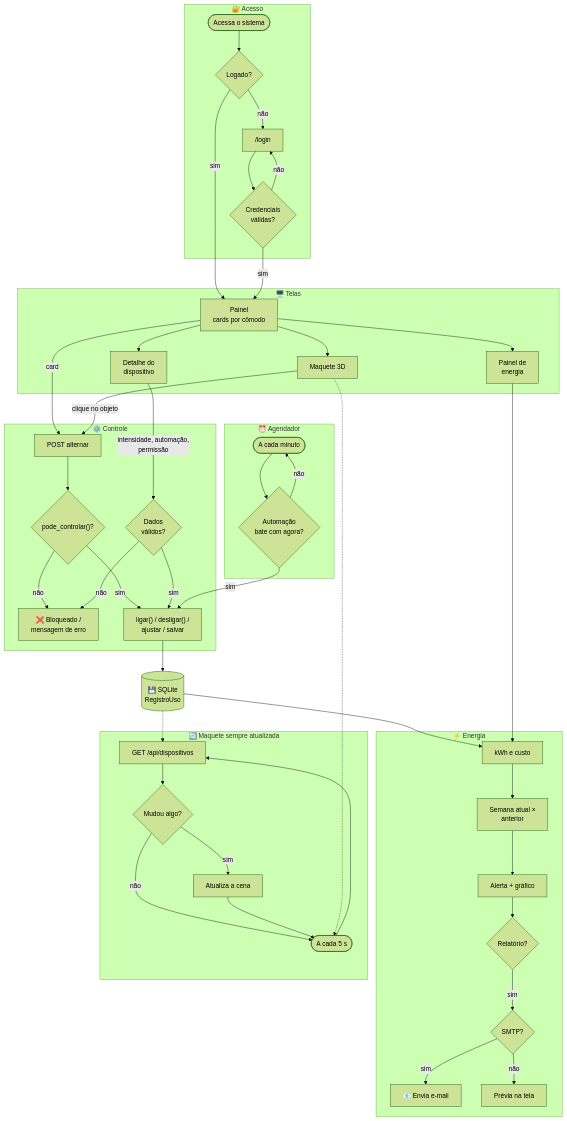
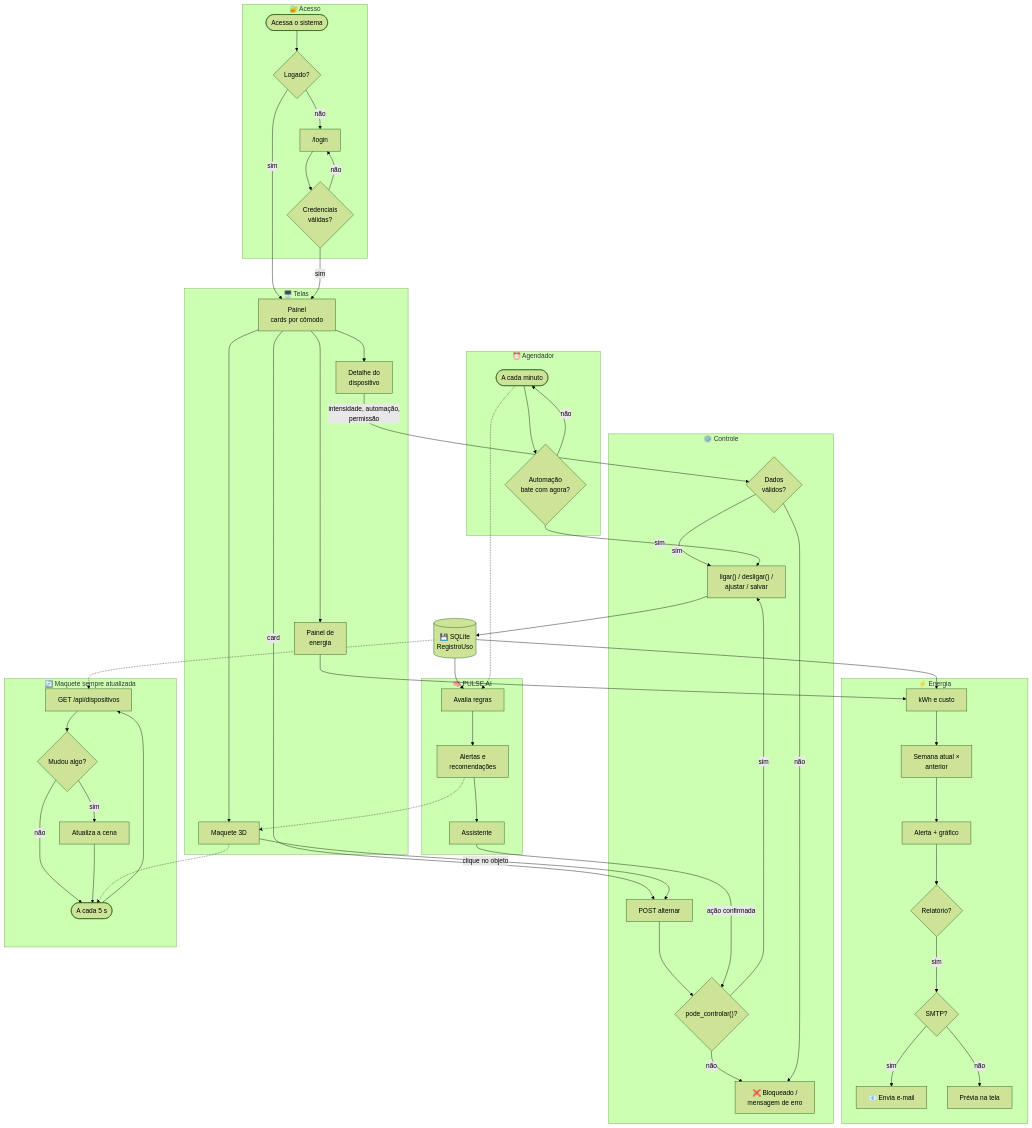
Before and after one commit to AndreDias123/Pulse2050_Casa_Inteligente: the eighth of 8 diagrams in FLUXOGRAMA.md, drawn with Mermaid (forest theme). The commit also changed other lines of this file and 18 other files, not shown here.

````diff
--- a/FLUXOGRAMA.md
+++ b/FLUXOGRAMA.md
@@ -106,68 +124,78 @@
 ```mermaid
 flowchart TD
     subgraph ACESSO["🔐 Acesso"]
         A0(["Acessa o sistema"]) --> A1{"Logado?"}
         A1 -- não --> A2["/login"]
         A2 --> A3{"Credenciais<br/>válidas?"}
         A3 -- não --> A2
     end
 
     A1 -- sim --> PN
     A3 -- sim --> PN
 
     subgraph TELAS["🖥️ Telas"]
         PN["Painel<br/>cards por cômodo"]
         PN --> DT["Detalhe do<br/>dispositivo"]
         PN --> MQ["Maquete 3D"]
         PN --> EN["Painel de<br/>energia"]
     end
 
     subgraph CONTROLE["⚙️ Controle"]
         AL["POST alternar"]
         P{"pode_controlar()?"}
         V{"Dados<br/>válidos?"}
         X["❌ Bloqueado /<br/>mensagem de erro"]
         OK["ligar() / desligar() /<br/>ajustar / salvar"]
         AL --> P
         P -- não --> X
         P -- sim --> OK
         V -- não --> X
         V -- sim --> OK
     end
 
     PN -- "card" --> AL
     MQ -- "clique no objeto" --> AL
     DT -- "intensidade, automação,<br/>permissão" --> V
 
     subgraph AUTO["⏰ Agendador"]
         T(["A cada minuto"]) --> B{"Automação<br/>bate com agora?"}
         B -- não --> T
     end
 
     B -- sim --> OK
 
     OK --> DB[("💾 SQLite<br/>RegistroUso")]
 
     subgraph ENERGIA["⚡ Energia"]
         K["kWh e custo"] --> S["Semana atual ×<br/>anterior"]
         S --> G["Alerta + gráfico"]
         G --> R{"Relatório?"}
         R -- sim --> E{"SMTP?"}
         E -- sim --> M["📧 Envia e-mail"]
         E -- não --> PV["Prévia na tela"]
     end
 
     DB --> K
     EN --> K
 
     subgraph SYNC["🔄 Maquete sempre atualizada"]
         S5(["A cada 5 s"]) --> API["GET /api/dispositivos"]
         API --> CH{"Mudou algo?"}
         CH -- não --> S5
         CH -- sim --> UP["Atualiza a cena"]
         UP --> S5
     end
 
     DB -.-> API
     MQ -.-> S5
+
+    subgraph AI["🧠 PULSE AI"]
+        AV["Avalia regras"] --> AA["Alertas e<br/>recomendações"]
+        AA --> AS["Assistente"]
+    end
+
+    DB --> AV
+    T -.-> AV
+    AA -.-> MQ
+    AS -- "ação confirmada" --> P
 ```
````
